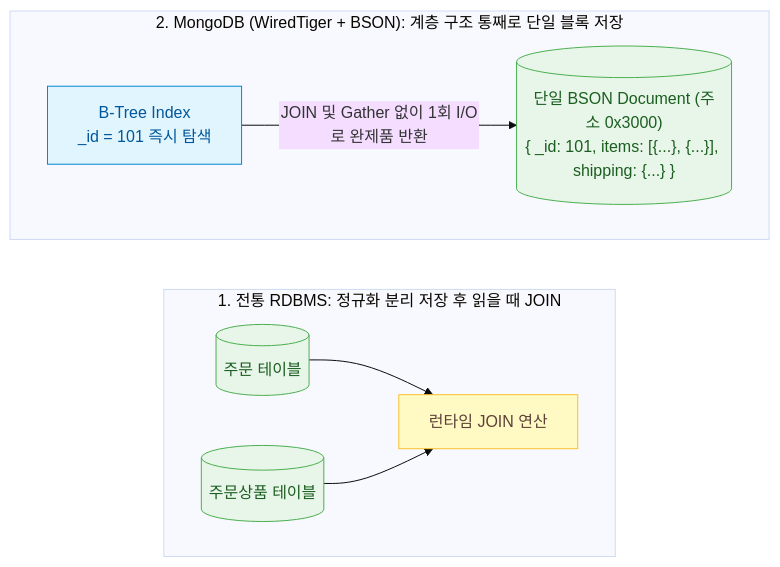
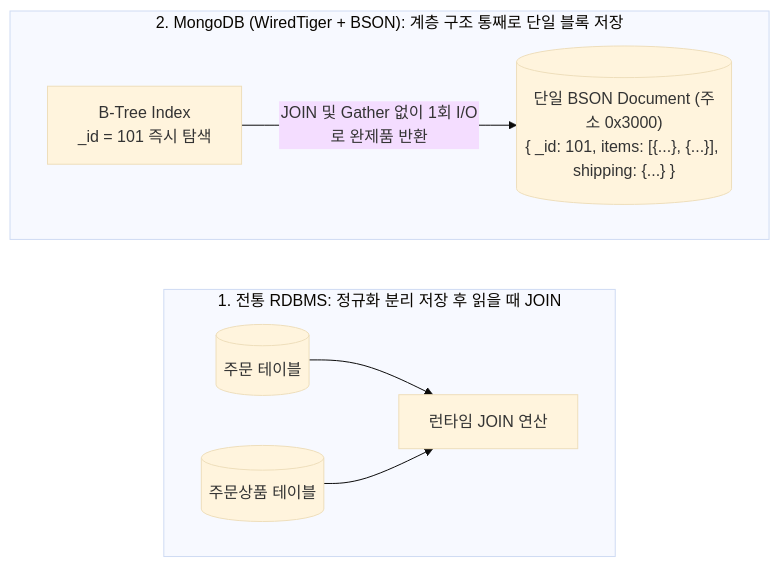
Diagram 11 of 11 in docs/dbms/distributed/mapreduce-spark-and-distributed-db-internals.md (djpibo/djpibo.github.io), drawn with Mermaid (base theme) before and after one commit. The commit also changed other lines of this file and 8 other files, not shown here.

Commit message:
style(mermaid): unify all diagrams to monochrome and remove colored rect boxes

````diff
--- a/docs/dbms/distributed/mapreduce-spark-and-distributed-db-internals.md
+++ b/docs/dbms/distributed/mapreduce-spark-and-distributed-db-internals.md
@@ -589,22 +555,19 @@
 ```mermaid
 flowchart LR
-    classDef storage fill:#E8F5E9,stroke:#4CAF50,color:#1B5E20;
-    classDef process fill:#FFF9C4,stroke:#FBC02D,color:#5D4037;
-    classDef cloud fill:#E1F5FE,stroke:#0288D1,color:#01579B;
 
     subgraph RDBMS_WAY ["1. 전통 RDBMS: 정규화 분리 저장 후 읽을 때 JOIN"]
         direction LR
-        T_ORD[("주문 테이블")]:::storage
-        T_ITEM[("주문상품 테이블")]:::storage
-        T_JOIN["런타임 JOIN 연산"]:::process
+        T_ORD[("주문 테이블")]
+        T_ITEM[("주문상품 테이블")]
+        T_JOIN["런타임 JOIN 연산"]
         T_ORD --> T_JOIN
         T_ITEM --> T_JOIN
     end
 
     subgraph MONGO_WAY ["2. MongoDB (WiredTiger + BSON): 계층 구조 통째로 단일 블록 저장"]
         direction LR
-        B_IDX["B-Tree Index<br/>_id = 101 즉시 탐색"]:::cloud
-        BSON_DOC[("단일 BSON Document (주소 0x3000)<br/>{ _id: 101, items: [{...}, {...}], shipping: {...} }")]:::storage
+        B_IDX["B-Tree Index<br/>_id = 101 즉시 탐색"]
+        BSON_DOC[("단일 BSON Document (주소 0x3000)<br/>{ _id: 101, items: [{...}, {...}], shipping: {...} }")]
         B_IDX -->|"JOIN 및 Gather 없이 1회 I/O로 완제품 반환"| BSON_DOC
     end
 ```
````
